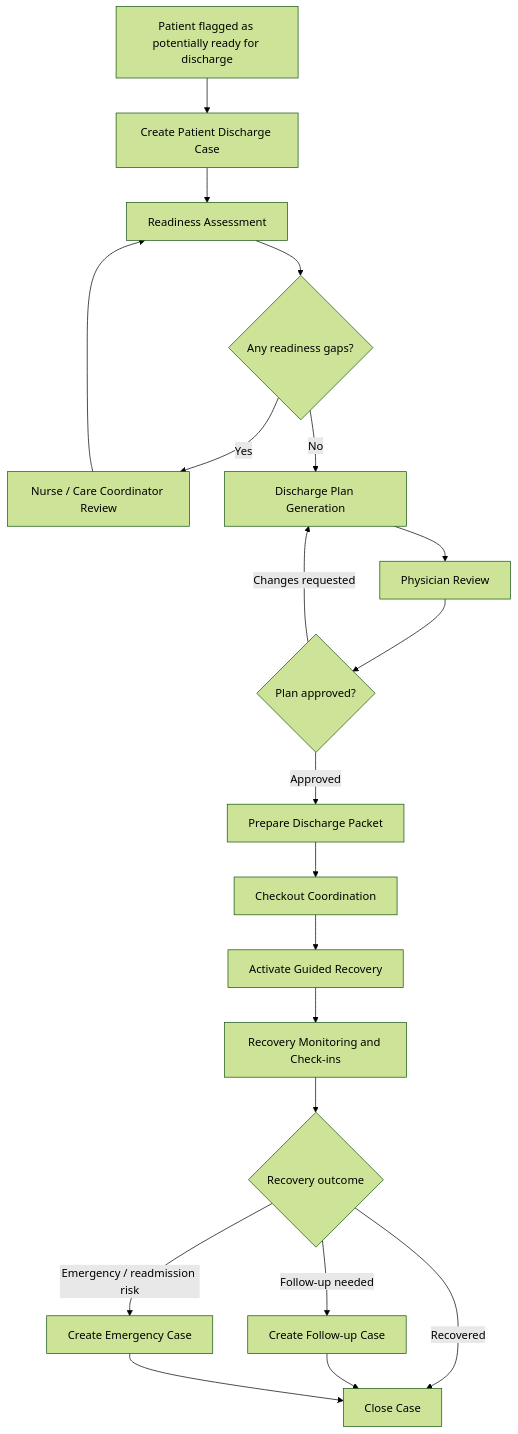
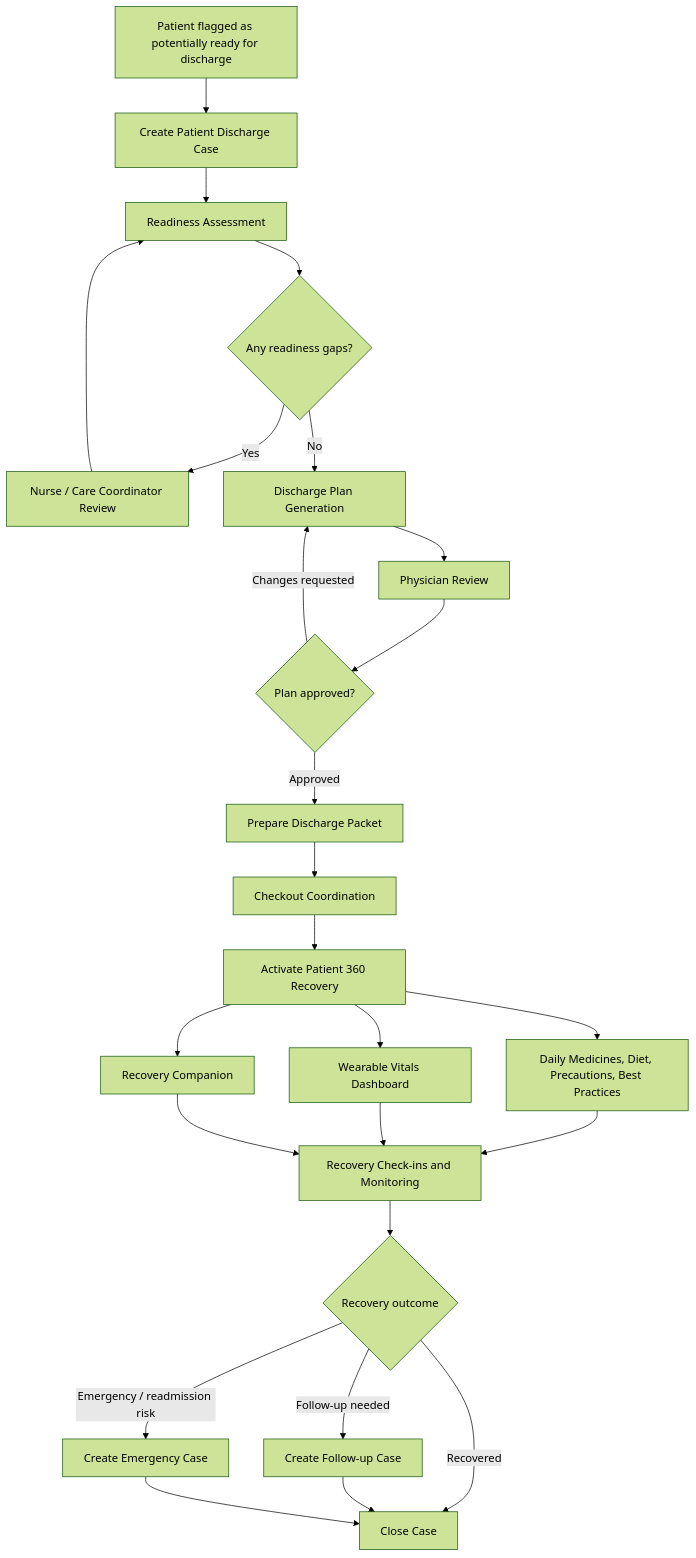
Before and after one commit to vinolivan/CareBridgeAI: the first of 2 diagrams in README.md, drawn with Mermaid (forest theme). The commit also changed other lines of this file, not shown here.

````diff
--- a/README.md
+++ b/README.md
@@ -90,22 +224,27 @@
 ```mermaid
 flowchart TD
     A[Patient flagged as potentially ready for discharge] --> B[Create Patient Discharge Case]
     B --> C[Readiness Assessment]
     C --> D{Any readiness gaps?}
     D -- Yes --> E[Nurse / Care Coordinator Review]
     E --> C
     D -- No --> F[Discharge Plan Generation]
     F --> G[Physician Review]
     G --> H{Plan approved?}
     H -- Changes requested --> F
     H -- Approved --> I[Prepare Discharge Packet]
     I --> J[Checkout Coordination]
-    J --> K[Activate Guided Recovery]
-    K --> L[Recovery Monitoring and Check-ins]
-    L --> M{Recovery outcome}
-    M -- Recovered --> N[Close Case]
-    M -- Follow-up needed --> O[Create Follow-up Case]
-    M -- Emergency / readmission risk --> P[Create Emergency Case]
-    O --> N
-    P --> N
+    J --> K[Activate Patient 360 Recovery]
+    K --> L[Daily Medicines, Diet, Precautions, Best Practices]
+    K --> M[Wearable Vitals Dashboard]
+    K --> N[Recovery Companion]
+    L --> O[Recovery Check-ins and Monitoring]
+    M --> O
+    N --> O
+    O --> P{Recovery outcome}
+    P -- Recovered --> Q[Close Case]
+    P -- Follow-up needed --> R[Create Follow-up Case]
+    P -- Emergency / readmission risk --> S[Create Emergency Case]
+    R --> Q
+    S --> Q
 ```
````
